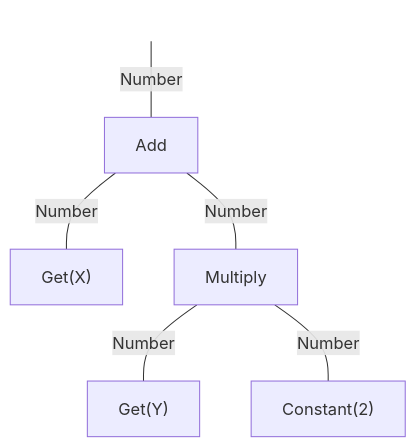
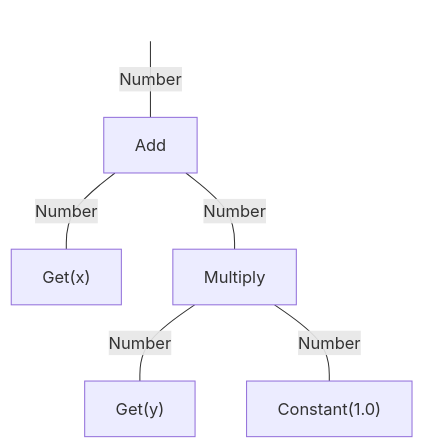
The diagram in docs/listOfDecisionVariables.md (MOEAFramework/MOEAFramework), drawn with Mermaid before and after one commit. The commit also changed other lines of this file and 34 other files, not shown here.

````diff
--- a/docs/listOfDecisionVariables.md
+++ b/docs/listOfDecisionVariables.md
@@ -122,10 +142,10 @@
 ```mermaid
 graph TD;
     START[ ] ---|Number| Add
-    Add ---|Number| A["Get(X)"];
+    Add ---|Number| A["Get(x)"];
     Add ---|Number| Multiply;
-    Multiply ---|Number| B["Get(Y)"];
-    Multiply ---|Number| C["Constant(2)"];
+    Multiply ---|Number| B["Get(y)"];
+    Multiply ---|Number| C["Constant(1.0)"];
     
     style START fill-opacity:0, stroke-opacity:0;
 ```
````
